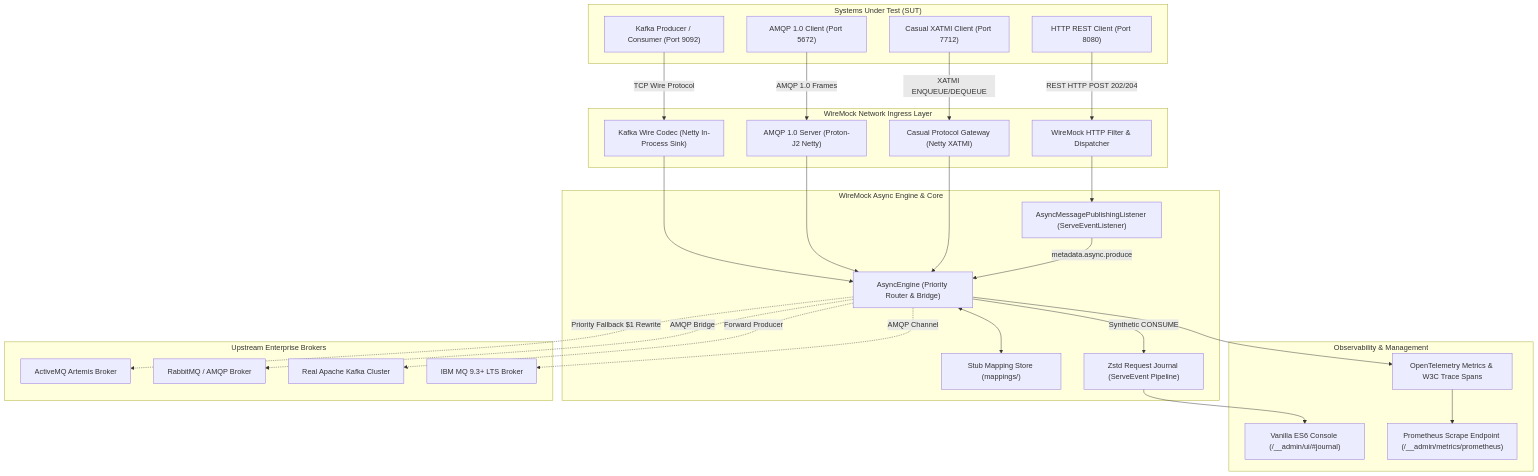
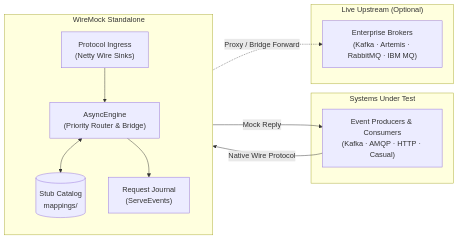
Before and after one commit to mattiasgreen/wiremock-extensions: the first of 8 diagrams in wiremock-extension-async/README.md, drawn with Mermaid. The commit also changed other lines of this file and 17 other files, not shown here.

First line of the commit message:
feat(ui,async): add protocol column and refine SUT operation semantics in journal (#103)

````diff
--- a/wiremock-extension-async/README.md
+++ b/wiremock-extension-async/README.md
@@ -22,59 +22,26 @@
 ```mermaid
-flowchart TD
-    subgraph Clients["Systems Under Test (SUT)"]
-        KClient["Kafka Producer / Consumer (Port 9092)"]
-        AClient["AMQP 1.0 Client (Port 5672)"]
-        CClient["Casual XATMI Client (Port 7712)"]
-        HClient["HTTP REST Client (Port 8080)"]
+flowchart LR
+    subgraph SUT["Systems Under Test"]
+        Client["Event Producers & Consumers<br/>(Kafka · AMQP · HTTP · Casual)"]
     end
 
-    subgraph Ingress["WireMock Network Ingress Layer"]
-        KSink["Kafka Wire Codec (Netty In-Process Sink)"]
-        AServer["AMQP 1.0 Server (Proton-J2 Netty)"]
-        CGateway["Casual Protocol Gateway (Netty XATMI)"]
-        HFilter["WireMock HTTP Filter & Dispatcher"]
+    subgraph WM["WireMock Standalone"]
+        direction TB
+        Ingress["Protocol Ingress<br/>(Netty Wire Sinks)"]
+        Engine["AsyncEngine<br/>(Priority Router & Bridge)"]
+        Store[("Stub Catalog<br/>mappings/")]
+        Journal["Request Journal<br/>(ServeEvents)"]
+
+        Ingress --> Engine
+        Engine <--> Store
+        Engine --> Journal
     end
 
-    subgraph Core["WireMock Async Engine & Core"]
-        AEngine["AsyncEngine (Priority Router & Bridge)"]
-        MStore["Stub Mapping Store (mappings/)"]
-        Journal["Zstd Request Journal (ServeEvent Pipeline)"]
-        Trigger["AsyncMessagePublishingListener (ServeEventListener)"]
+    subgraph Upstream["Live Upstream (Optional)"]
+        Broker["Enterprise Brokers<br/>(Kafka · Artemis · RabbitMQ · IBM MQ)"]
     end
 
-    subgraph Observability["Observability & Management"]
-        WebUI["Vanilla ES6 Console (/__admin/ui/#journal)"]
-        OTel["OpenTelemetry Metrics & W3C Trace Spans"]
-        Prom["Prometheus Scrape Endpoint (/__admin/metrics/prometheus)"]
-    end
-
-    subgraph Egress["Upstream Enterprise Brokers"]
-        ExtArtemis["ActiveMQ Artemis Broker"]
-        ExtRabbit["RabbitMQ / AMQP Broker"]
-        ExtKafka["Real Apache Kafka Cluster"]
-        ExtIBMMQ["IBM MQ 9.3+ LTS Broker"]
-    end
-
-    KClient -->|TCP Wire Protocol| KSink
-    AClient -->|AMQP 1.0 Frames| AServer
-    CClient -->|XATMI ENQUEUE/DEQUEUE| CGateway
-    HClient -->|REST HTTP POST 202/204| HFilter
-
-    KSink --> AEngine
-    AServer --> AEngine
-    CGateway --> AEngine
-    HFilter --> Trigger
-
-    AEngine <--> MStore
-    AEngine -->|Synthetic CONSUME| Journal
-    Trigger -->|metadata.async.produce| AEngine
-
-    Journal --> WebUI
-    AEngine --> OTel
-    OTel --> Prom
-
-    AEngine -.->|Priority Fallback $1 Rewrite| ExtArtemis
-    AEngine -.->|AMQP Bridge| ExtRabbit
-    AEngine -.->|Forward Producer| ExtKafka
-    AEngine -.->|AMQP Channel| ExtIBMMQ
+    Client -->|Native Wire Protocol| Ingress
+    Engine -->|Mock Reply| Client
+    Engine -.->|Proxy / Bridge Forward| Broker
 ```
````
